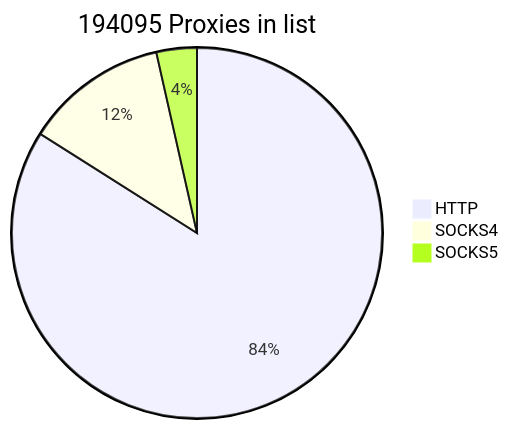
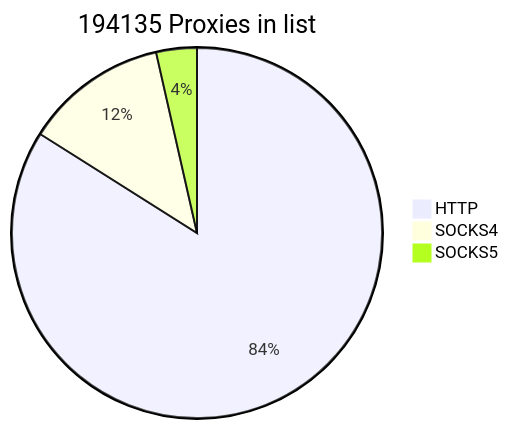
The first of 2 diagrams in README.md (cutipu/proxylist), drawn with Mermaid before and after one commit. The commit also changed other lines of this file, not shown here.

````diff
--- a/README.md
+++ b/README.md
@@ -2,7 +2,7 @@
 ```mermaid
-pie title 194095 Proxies in list
+pie title 194135 Proxies in list
     "HTTP" : 162995
-    "SOCKS4" : 24251
-    "SOCKS5" : 6849
+    "SOCKS4" : 24253
+    "SOCKS5" : 6887
             
 ```
````
